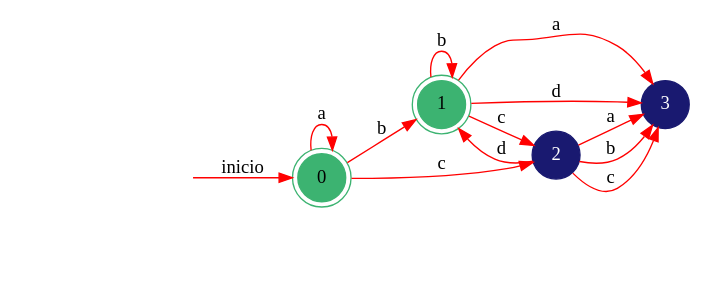
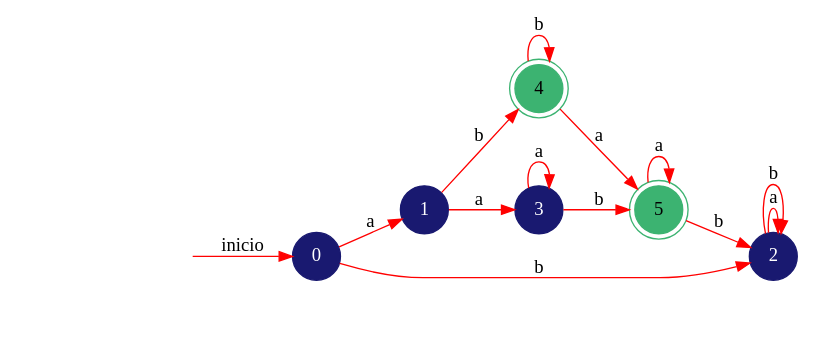
Before and after one commit to fcpauldiaz-archive/Automata: the diagram in GeneracionAutomatas/DOT/AFD Directo.dot, drawn with Graphviz. The commit also changed 26 other files, not shown here.

```diff
--- a/GeneracionAutomatas/DOT/AFD Directo.dot
+++ b/GeneracionAutomatas/DOT/AFD Directo.dot
@@ -1,21 +1,22 @@
 digraph automata_finito {
 	rankdir=LR;
-	size="12,5"
-	node [shape=doublecircle, style = filled,color = mediumseagreen]; 0 1;
+	size="13,5"
+	node [shape=doublecircle, style = filled,color = mediumseagreen]; 4 5;
 	node [shape=circle];
 	node [color=midnightblue,fontcolor=white];
 	edge [color=red];
 	 secret_node [style=invis];
 	secret_node -> 0 [label="inicio"];
-	0 -> 0 [label="a"];
-	0 -> 1 [label="b"];
-	0 -> 2 [label="c"];
+	0 -> 1 [label="a"];
+	0 -> 2 [label="b"];
 	1 -> 3 [label="a"];
-	1 -> 1 [label="b"];
-	1 -> 2 [label="c"];
-	1 -> 3 [label="d"];
-	2 -> 3 [label="a"];
-	2 -> 3 [label="b"];
-	2 -> 3 [label="c"];
-	2 -> 1 [label="d"];
+	1 -> 4 [label="b"];
+	2 -> 2 [label="a"];
+	2 -> 2 [label="b"];
+	3 -> 3 [label="a"];
+	3 -> 5 [label="b"];
+	4 -> 5 [label="a"];
+	4 -> 4 [label="b"];
+	5 -> 5 [label="a"];
+	5 -> 2 [label="b"];
 }
```
